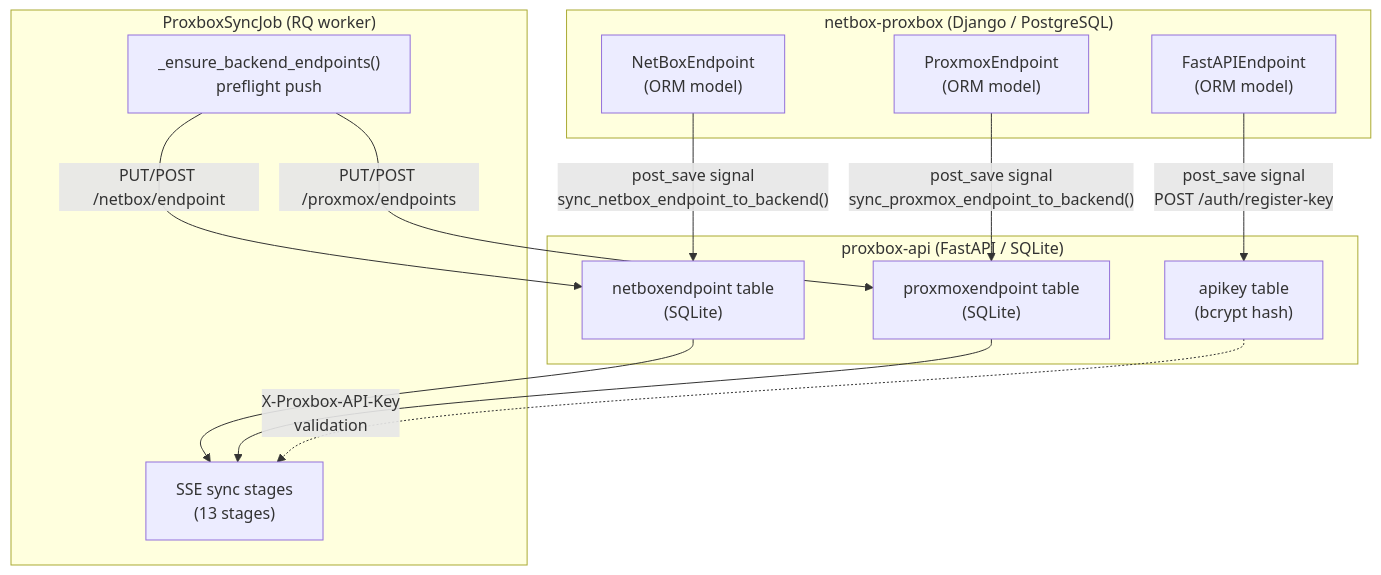
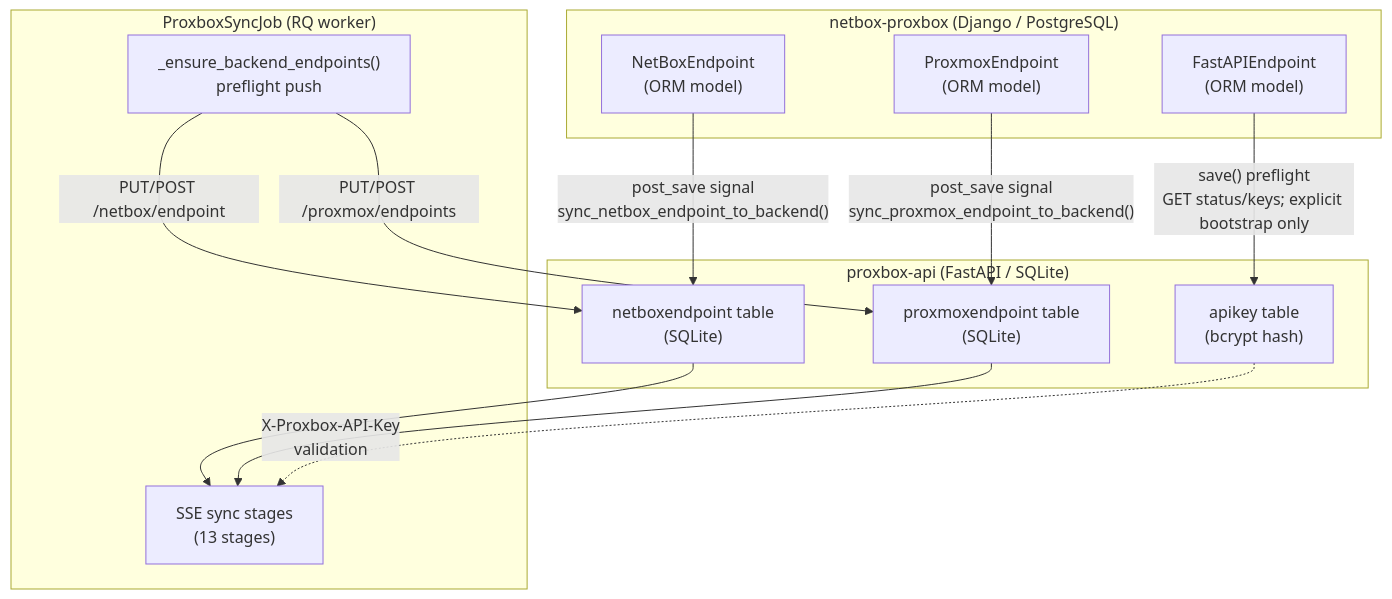
The first of 9 diagrams in docs/developer/endpoint-sync.md (emersonfelipesp/netbox-proxbox), drawn with Mermaid before and after one commit. The commit also changed other lines of this file and 55 other files, not shown here.

Commit message:
fix(auth): bind backend keys to reviewed targets

````diff
--- a/docs/developer/endpoint-sync.md
+++ b/docs/developer/endpoint-sync.md
@@ -34,30 +34,30 @@
 ```mermaid
 flowchart TB
     subgraph Plugin["netbox-proxbox (Django / PostgreSQL)"]
         NB_EP["NetBoxEndpoint\n(ORM model)"]
         PX_EP["ProxmoxEndpoint\n(ORM model)"]
         FA_EP["FastAPIEndpoint\n(ORM model)"]
     end
 
     subgraph Backend["proxbox-api (FastAPI / SQLite)"]
         BE_NB["netboxendpoint table\n(SQLite)"]
         BE_PX["proxmoxendpoint table\n(SQLite)"]
         BE_KEY["apikey table\n(bcrypt hash)"]
     end
 
     subgraph SyncJob["ProxboxSyncJob (RQ worker)"]
         Preflight["_ensure_backend_endpoints()\npreflight push"]
         Stages["SSE sync stages\n(13 stages)"]
     end
 
     NB_EP -- "post_save signal\nsync_netbox_endpoint_to_backend()" --> BE_NB
     PX_EP -- "post_save signal\nsync_proxmox_endpoint_to_backend()" --> BE_PX
-    FA_EP -- "post_save signal\nPOST /auth/register-key" --> BE_KEY
+    FA_EP -- "save() preflight\nGET status/keys; explicit bootstrap only" --> BE_KEY
 
     Preflight -- "PUT/POST /netbox/endpoint" --> BE_NB
     Preflight -- "PUT/POST /proxmox/endpoints" --> BE_PX
 
     BE_NB --> Stages
     BE_PX --> Stages
     BE_KEY -. "X-Proxbox-API-Key\nvalidation" .-> Stages
 ```
````
